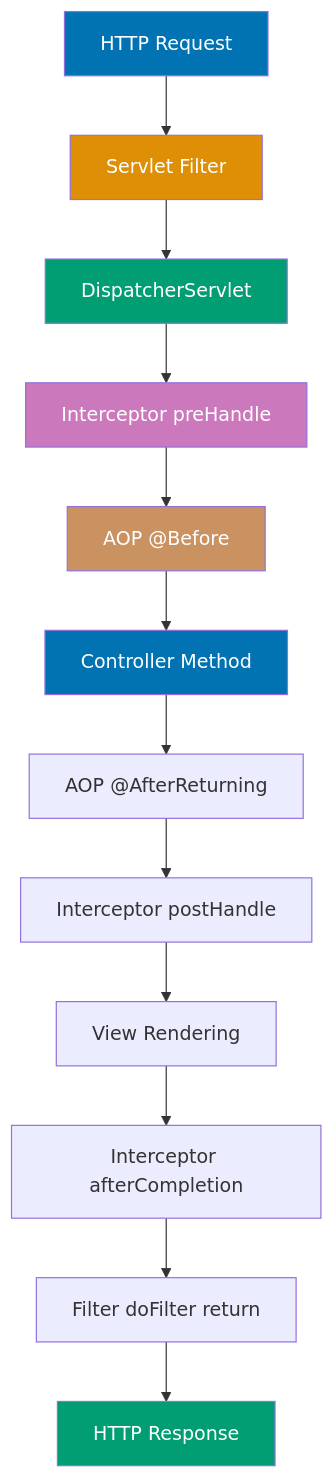
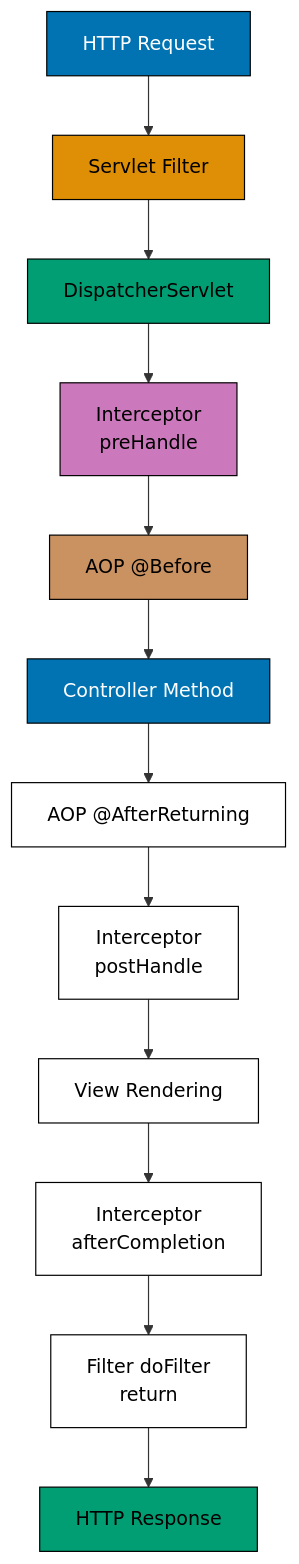
One commit to wahidyankf/ose-public changed diagram 14 of 14 in apps/ayokoding-www/content/en/learn/legacy/software-engineering/platforms/web/tools/jvm-spring-boot/by-example/intermediate.md. Above: the diagram before and after it, drawn with Mermaid. The commit also changed other lines of this file and 130 other files, not shown here.

First line of the commit message:
fix(mermaid): bring the legacy platforms diagrams onto the accessible palette

````diff
--- a/apps/ayokoding-www/content/en/learn/legacy/software-engineering/platforms/web/tools/jvm-spring-boot/by-example/intermediate.md
+++ b/apps/ayokoding-www/content/en/learn/legacy/software-engineering/platforms/web/tools/jvm-spring-boot/by-example/intermediate.md
@@ -6483,23 +6560,31 @@
 ```mermaid
 %% Color Palette: Blue #0173B2, Orange #DE8F05, Teal #029E73, Purple #CC78BC, Brown #CA9161
 flowchart TD
+    accTitle: Example 45: Filter vs Interceptor vs AOP
+    accDescr: Flowchart with 12 nodes and 11 connections. Nodes: HTTP Request, Servlet Filter, DispatcherServlet, Interceptor preHandle, AOP @Before, Controller Method, AOP @AfterReturning, Interceptor postHandle, View Rendering, Interceptor afterCompletion, Filter doFilter return, HTTP Response. Connections: HTTP Request to Servlet Filter, Servlet Filter to DispatcherServlet, DispatcherServlet to Interceptor preHandle, Interceptor preHandle to AOP @Before, AOP @Before to Controller Method, Controller Method to AOP @AfterReturning, AOP @AfterReturning to Interceptor postHandle, Interceptor postHandle to View Rendering, View Rendering to Interceptor afterCompletion, Interceptor afterCompletion to Filter doFilter return, Filter doFilter return to HTTP Response.
     Request[HTTP Request] --> Filter[Servlet Filter]
     Filter --> DispatcherServlet[DispatcherServlet]
-    DispatcherServlet --> InterceptorPre[Interceptor preHandle]
+    DispatcherServlet --> InterceptorPre[Interceptor<br/>preHandle]
     InterceptorPre --> AOP_Before[AOP @Before]
     AOP_Before --> Controller[Controller Method]
     Controller --> AOP_After[AOP @AfterReturning]
-    AOP_After --> InterceptorPost[Interceptor postHandle]
+    AOP_After --> InterceptorPost[Interceptor<br/>postHandle]
     InterceptorPost --> View[View Rendering]
-    View --> InterceptorAfter[Interceptor afterCompletion]
-    InterceptorAfter --> FilterAfter[Filter doFilter return]
+    View --> InterceptorAfter[Interceptor<br/>afterCompletion]
+    InterceptorAfter --> FilterAfter[Filter doFilter<br/>return]
     FilterAfter --> Response[HTTP Response]
 
-    style Request fill:#0173B2,color:#fff
-    style Filter fill:#DE8F05,color:#fff
-    style DispatcherServlet fill:#029E73,color:#fff
-    style InterceptorPre fill:#CC78BC,color:#fff
-    style AOP_Before fill:#CA9161,color:#fff
-    style Controller fill:#0173B2,color:#fff
-    style Response fill:#029E73,color:#fff
+    classDef pal-0173B2 fill:#0173B2,stroke:#000000,color:#FFFFFF
+    class Request pal-0173B2
+    classDef pal-DE8F05 fill:#DE8F05,stroke:#000000,color:#000000
+    class Filter pal-DE8F05
+    classDef pal-029E73 fill:#029E73,stroke:#000000,color:#000000
+    class DispatcherServlet pal-029E73
+    classDef pal-CC78BC fill:#CC78BC,stroke:#000000,color:#000000
+    class InterceptorPre pal-CC78BC
+    classDef pal-CA9161 fill:#CA9161,stroke:#000000,color:#000000
+    class AOP_Before pal-CA9161
+    class Controller pal-0173B2
+    class Response pal-029E73
+    classDef default fill:#FFFFFF,stroke:#000000,color:#000000
 ```
````
